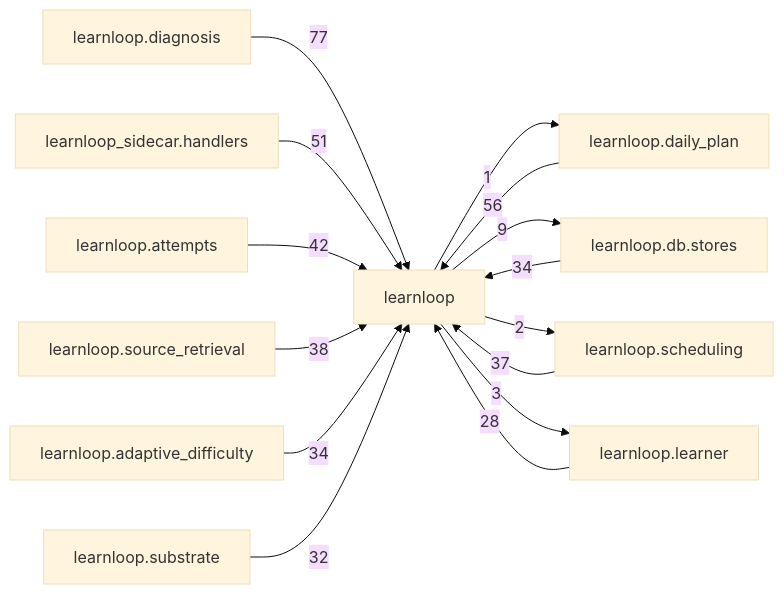
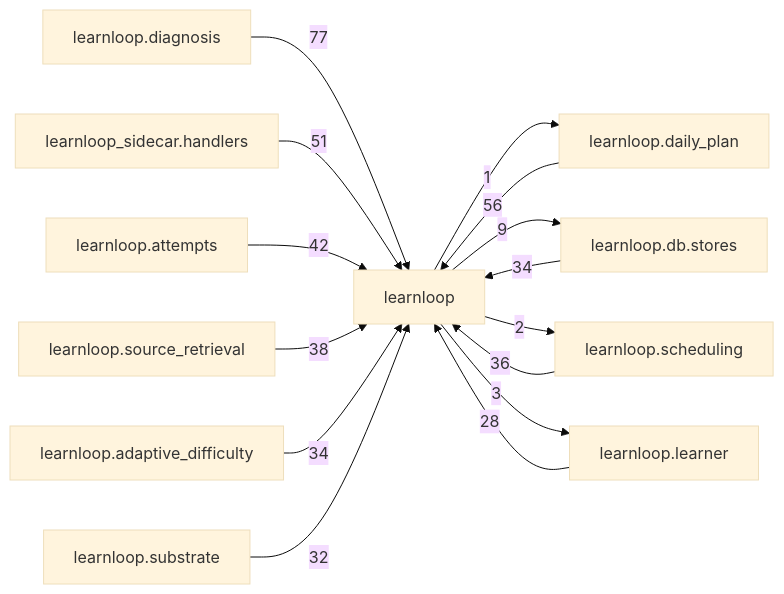
Before and after one commit to 6up-b/learnanything: the diagram in docs/learnloop-architecture-vault/Reference/Modules/learnloop/_package.md, drawn with Mermaid (base theme). The commit also changed other lines of this file and 88 other files, not shown here.

````diff
--- a/docs/learnloop-architecture-vault/Reference/Modules/learnloop/_package.md
+++ b/docs/learnloop-architecture-vault/Reference/Modules/learnloop/_package.md
@@ -259,28 +259,28 @@
 ```mermaid
 flowchart LR
     center["learnloop"]
     n_learnloop_diagnosis["learnloop.diagnosis"]
     n_learnloop_daily_plan["learnloop.daily_plan"]
     n_learnloop_sidecar_handlers["learnloop_sidecar.handlers"]
     n_learnloop_db_stores["learnloop.db.stores"]
     n_learnloop_attempts["learnloop.attempts"]
     n_learnloop_scheduling["learnloop.scheduling"]
     n_learnloop_source_retrieval["learnloop.source_retrieval"]
     n_learnloop_adaptive_difficulty["learnloop.adaptive_difficulty"]
     n_learnloop_substrate["learnloop.substrate"]
     n_learnloop_learner["learnloop.learner"]
     n_learnloop_diagnosis -->|77| center
     n_learnloop_daily_plan -->|56| center
     center -->|1| n_learnloop_daily_plan
     n_learnloop_sidecar_handlers -->|51| center
     n_learnloop_db_stores -->|34| center
     center -->|9| n_learnloop_db_stores
     n_learnloop_attempts -->|42| center
-    n_learnloop_scheduling -->|37| center
+    n_learnloop_scheduling -->|36| center
     center -->|2| n_learnloop_scheduling
     n_learnloop_source_retrieval -->|38| center
     n_learnloop_adaptive_difficulty -->|34| center
     n_learnloop_substrate -->|32| center
     n_learnloop_learner -->|28| center
     center -->|3| n_learnloop_learner
 ```
````
